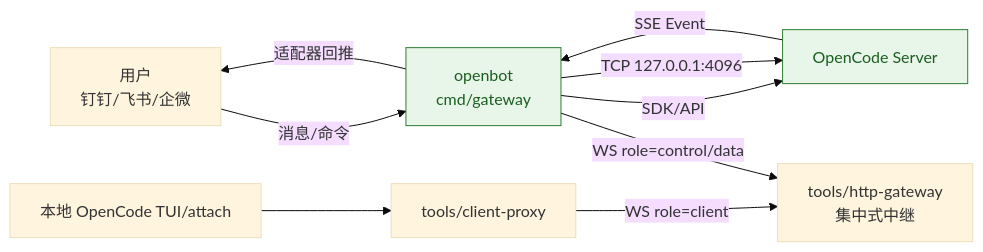
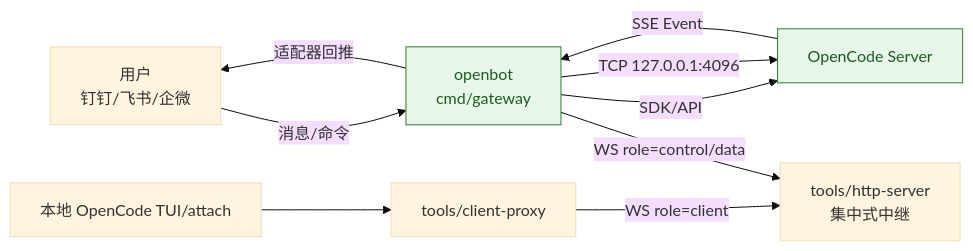
The diagram in docs/ARCHITECTURE.md (tianhe-tech/openbot), drawn with Mermaid (base theme) before and after one commit. The commit also changed other lines of this file and 7 other files, not shown here.

````diff
--- a/docs/ARCHITECTURE.md
+++ b/docs/ARCHITECTURE.md
@@ -26,15 +26,15 @@
 ```mermaid
 flowchart LR
     U[用户\n钉钉/飞书/企微] -->|消息/命令| B[openbot\ncmd/gateway]
     B -->|SDK/API| O[OpenCode Server]
     O -->|SSE Event| B
     B -->|适配器回推| U
 
     T[本地 OpenCode TUI/attach] --> C[tools/client-proxy]
-    C -->|WS role=client| H[tools/http-gateway\n集中式中继]
+    C -->|WS role=client| H[tools/http-server\n集中式中继]
     B -->|WS role=control/data| H
     B -->|TCP 127.0.0.1:4096| O
 
     classDef safe fill:#e8f5e9,stroke:#2e7d32,color:#1b5e20;
     class B,O safe;
 ```
````
